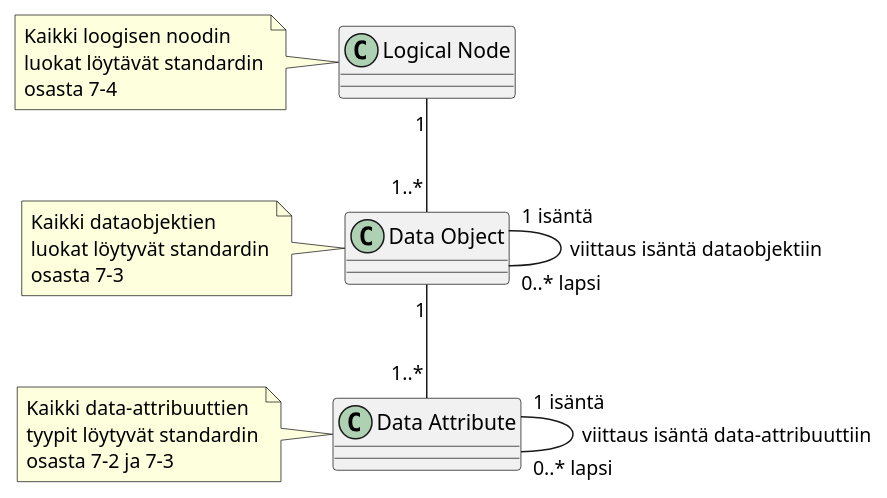
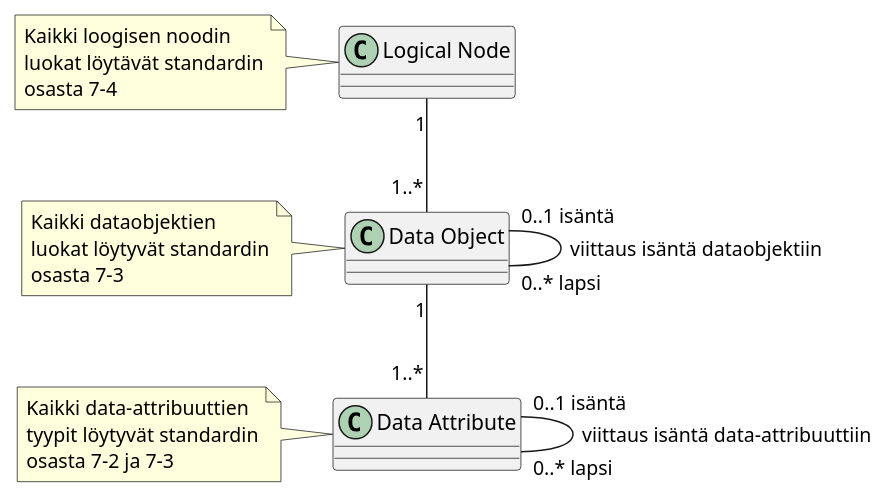
The diagram in uml/iec61850-class-hierarchy.puml (Kazhuu/tut_master_thesis), drawn with PlantUML before and after one commit. The commit also changed 7 other files, not shown here.

```diff
--- a/uml/iec61850-class-hierarchy.puml
+++ b/uml/iec61850-class-hierarchy.puml
@@ -1,25 +1,25 @@
 @startuml
 class "Logical Node" as ln
 note left
 	Kaikki loogisen noodin
 	luokat löytävät standardin
 	osasta 7-4
 end note
 class "Data Object" as do
 note left
 	Kaikki dataobjektien
 	luokat löytyvät standardin
 	osasta 7-3
 end note
 class "Data Attribute" as da
 note left
 	Kaikki data-attribuuttien
 	tyypit löytyvät standardin
 	osasta 7-2 ja 7-3
 end note
 
 ln "1" -- "1..*" do
-do "1 isäntä" -- "0..* lapsi" do : viittaus isäntä dataobjektiin
+do "0..1 isäntä" -- "0..* lapsi" do : viittaus isäntä dataobjektiin
 do "1" -- "1..*" da
-da "1 isäntä" -- "0..* lapsi" da : viittaus isäntä data-attribuuttiin
+da "0..1 isäntä" -- "0..* lapsi" da : viittaus isäntä data-attribuuttiin
 @enduml
```
